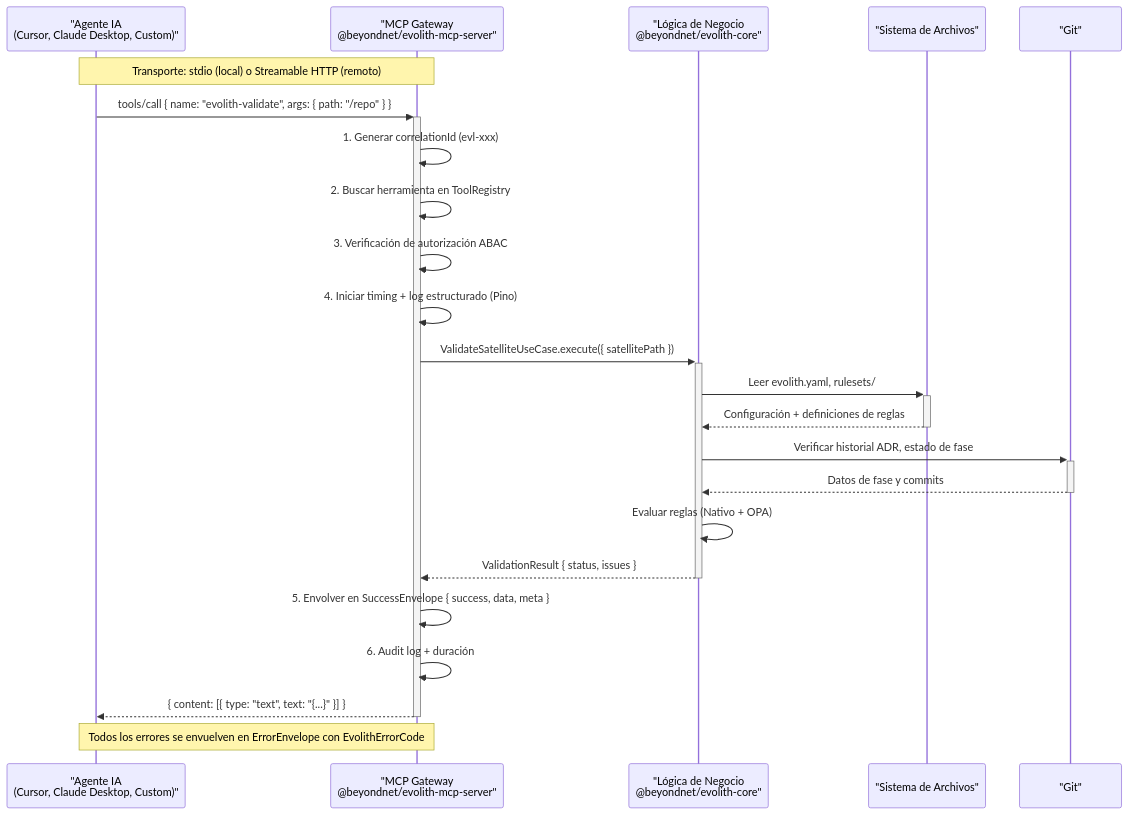
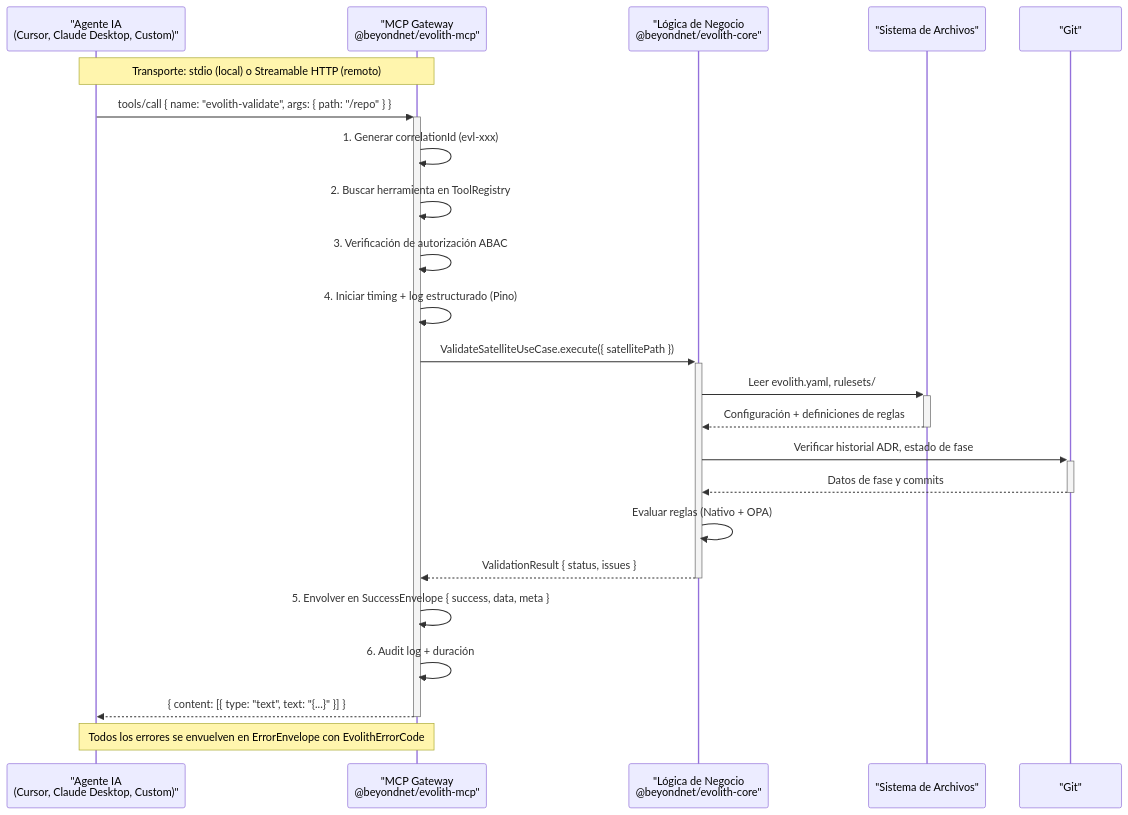
Before and after one commit to beyondnetcode/evolith_arch32: the diagram in src/packages/mcp-server/README.es.md, drawn with Mermaid. The commit also changed other lines of this file and 41 other files, not shown here.

````diff
--- a/src/packages/mcp-server/README.es.md
+++ b/src/packages/mcp-server/README.es.md
@@ -34,34 +34,34 @@
 ```mermaid
 sequenceDiagram
     participant Agent as "Agente IA<br/>(Cursor, Claude Desktop, Custom)"
-    participant Gateway as "MCP Gateway<br/>@beyondnet/evolith-mcp-server"
+    participant Gateway as "MCP Gateway<br/>@beyondnet/evolith-mcp"
     participant Core as "Lógica de Negocio<br/>@beyondnet/evolith-core"
     participant FS as "Sistema de Archivos"
     participant Git as "Git"
 
     Note over Agent,Gateway: Transporte: stdio (local) o Streamable HTTP (remoto)
 
     Agent->>+Gateway: tools/call { name: "evolith-validate", args: { path: "/repo" } }
 
     Gateway->>Gateway: 1. Generar correlationId (evl-xxx)
     Gateway->>Gateway: 2. Buscar herramienta en ToolRegistry
     Gateway->>Gateway: 3. Verificación de autorización ABAC
     Gateway->>Gateway: 4. Iniciar timing + log estructurado (Pino)
 
     Gateway->>+Core: ValidateSatelliteUseCase.execute({ satellitePath })
     Core->>+FS: Leer evolith.yaml, rulesets/
     FS-->>-Core: Configuración + definiciones de reglas
 
     Core->>+Git: Verificar historial ADR, estado de fase
     Git-->>-Core: Datos de fase y commits
 
     Core->>Core: Evaluar reglas (Nativo + OPA)
     Core-->>-Gateway: ValidationResult { status, issues }
 
     Gateway->>Gateway: 5. Envolver en SuccessEnvelope { success, data, meta }
     Gateway->>Gateway: 6. Audit log + duración
 
     Gateway-->>-Agent: { content: [{ type: "text", text: "{...}" }] }
 
     Note over Agent,Gateway: Todos los errores se envuelven en ErrorEnvelope con EvolithErrorCode
 ```
````
